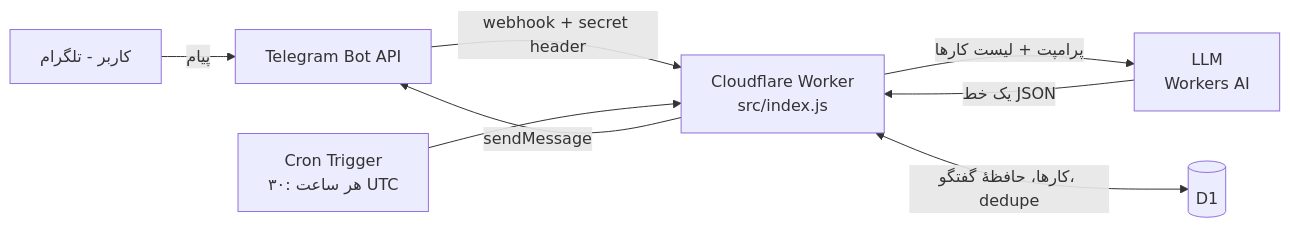
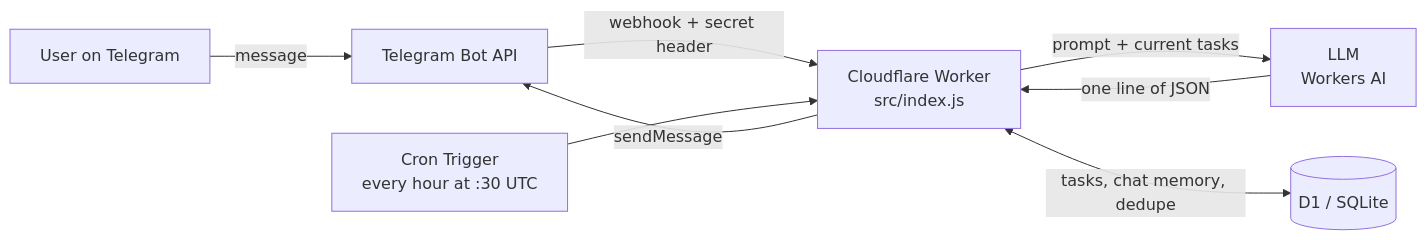
Before and after one commit to Shadim09/hermes-mini: the diagram in README.md, drawn with Mermaid. The commit also changed other lines of this file and 1 other file, not shown here.

````diff
--- a/README.md
+++ b/README.md
@@ -18,10 +24,10 @@
 ```mermaid
 flowchart LR
-    U[کاربر - تلگرام] -->|پیام| T[Telegram Bot API]
+    U[User on Telegram] -->|message| T[Telegram Bot API]
     T -->|webhook + secret header| W[Cloudflare Worker<br/>src/index.js]
-    W -->|پرامپت + لیست کارها| L[LLM<br/>Workers AI]
-    L -->|یک خط JSON| W
-    W <-->|کارها، حافظهٔ گفتگو، dedupe| D[(D1)]
+    W -->|prompt + current tasks| L[LLM<br/>Workers AI]
+    L -->|one line of JSON| W
+    W <-->|tasks, chat memory, dedupe| D[(D1 / SQLite)]
     W -->|sendMessage| T
-    C[Cron Trigger<br/>هر ساعت :۳۰ UTC] --> W
+    C[Cron Trigger<br/>every hour at :30 UTC] --> W
 ```
````
